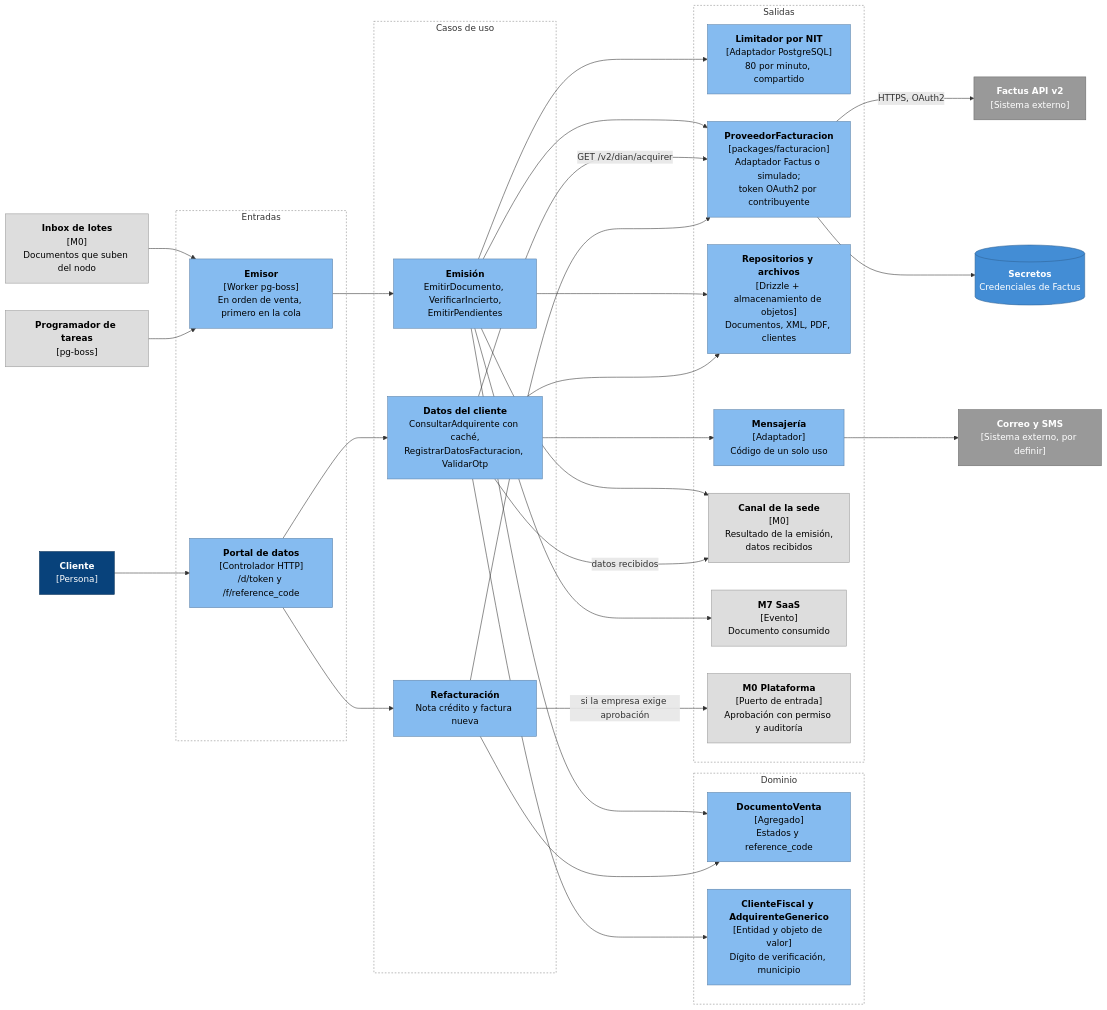
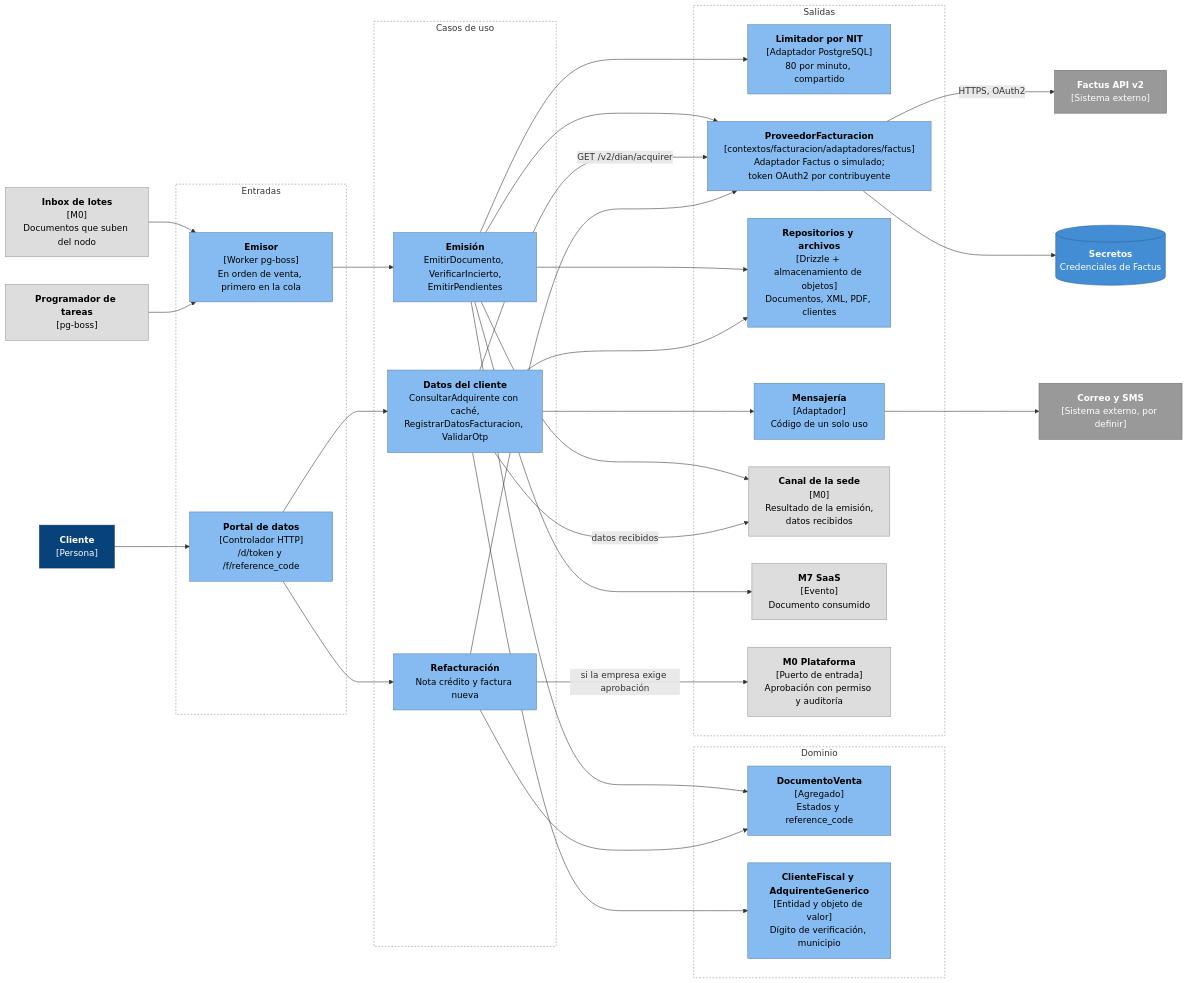
The second of 2 diagrams in docs/arquitectura/componentes/c4-m3-facturacion.md (CesarJOtizM/blackHole), drawn with Mermaid before and after one commit. The commit also changed other lines of this file and 23 other files, not shown here.

````diff
--- a/docs/arquitectura/componentes/c4-m3-facturacion.md
+++ b/docs/arquitectura/componentes/c4-m3-facturacion.md
@@ -75,74 +75,74 @@
 ```mermaid
 flowchart LR
   INB["<b>Inbox de lotes</b><br/>[M0]<br/>Documentos que suben del nodo"]:::modulo
   PRG["<b>Programador de tareas</b><br/>[pg-boss]"]:::modulo
   CLI["<b>Cliente</b><br/>[Persona]"]:::persona
 
   subgraph Entradas["Entradas"]
     WEM["<b>Emisor</b><br/>[Worker pg-boss]<br/>En orden de venta, primero en la cola"]:::componente
     PDAT["<b>Portal de datos</b><br/>[Controlador HTTP]<br/>/d/token y /f/reference_code"]:::componente
   end
 
   subgraph Aplicacion["Casos de uso"]
     UC_EM["<b>Emisión</b><br/>EmitirDocumento, VerificarIncierto,<br/>EmitirPendientes"]:::componente
     UC_CLI["<b>Datos del cliente</b><br/>ConsultarAdquirente con caché,<br/>RegistrarDatosFacturacion, ValidarOtp"]:::componente
     UC_REF["<b>Refacturación</b><br/>Nota crédito y factura nueva"]:::componente
   end
 
   subgraph Dominio["Dominio"]
     D_DOC["<b>DocumentoVenta</b><br/>[Agregado]<br/>Estados y reference_code"]:::componente
     D_CLI["<b>ClienteFiscal y AdquirenteGenerico</b><br/>[Entidad y objeto de valor]<br/>Dígito de verificación, municipio"]:::componente
   end
 
   subgraph Salida["Salidas"]
     RIT["<b>Limitador por NIT</b><br/>[Adaptador PostgreSQL]<br/>80 por minuto, compartido"]:::componente
-    PROV["<b>ProveedorFacturacion</b><br/>[packages/facturacion]<br/>Adaptador Factus o simulado;<br/>token OAuth2 por contribuyente"]:::componente
+    PROV["<b>ProveedorFacturacion</b><br/>[contextos/facturacion/adaptadores/factus]<br/>Adaptador Factus o simulado;<br/>token OAuth2 por contribuyente"]:::componente
     REPO["<b>Repositorios y archivos</b><br/>[Drizzle + almacenamiento de objetos]<br/>Documentos, XML, PDF, clientes"]:::componente
     MSG["<b>Mensajería</b><br/>[Adaptador]<br/>Código de un solo uso"]:::componente
     CAN["<b>Canal de la sede</b><br/>[M0]<br/>Resultado de la emisión,<br/>datos recibidos"]:::modulo
     M7["<b>M7 SaaS</b><br/>[Evento]<br/>Documento consumido"]:::modulo
     M0["<b>M0 Plataforma</b><br/>[Puerto de entrada]<br/>Aprobación con permiso y auditoría"]:::modulo
   end
 
   FAC["<b>Factus API v2</b><br/>[Sistema externo]"]:::externo
   CORREO["<b>Correo y SMS</b><br/>[Sistema externo, por definir]"]:::externo
   SEC[("<b>Secretos</b><br/>Credenciales de Factus")]:::contenedor
 
   INB --> WEM
   PRG --> WEM
   CLI --> PDAT
 
   WEM --> UC_EM
   PDAT --> UC_CLI
   PDAT --> UC_REF
 
   UC_EM --> D_DOC
   UC_REF --> D_DOC
   UC_CLI --> D_CLI
 
   UC_EM --> RIT
   UC_EM --> PROV
   UC_EM --> REPO
   UC_EM --> CAN
   UC_EM --> M7
   UC_CLI -- "GET /v2/dian/acquirer" --> PROV
   UC_CLI --> REPO
   UC_CLI --> MSG
   UC_CLI -- "datos recibidos" --> CAN
   UC_REF --> PROV
   UC_REF -- "si la empresa exige aprobación" --> M0
 
   PROV -- "HTTPS, OAuth2" --> FAC
   PROV --> SEC
   MSG --> CORREO
 
   classDef persona fill:#08427b,stroke:#052e56,color:#fff
   classDef componente fill:#85bbf0,stroke:#5d82a8,color:#000
   classDef contenedor fill:#438dd5,stroke:#2e6295,color:#fff
   classDef modulo fill:#dddddd,stroke:#999999,color:#000
   classDef externo fill:#999999,stroke:#6b6b6b,color:#fff
   style Entradas fill:none,stroke:#888,stroke-dasharray: 3 3
   style Aplicacion fill:none,stroke:#888,stroke-dasharray: 3 3
   style Dominio fill:none,stroke:#888,stroke-dasharray: 3 3
   style Salida fill:none,stroke:#888,stroke-dasharray: 3 3
 ```
````
